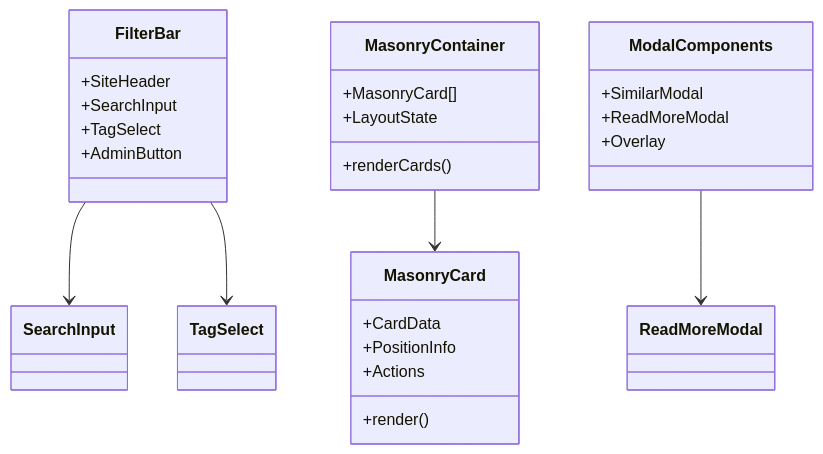
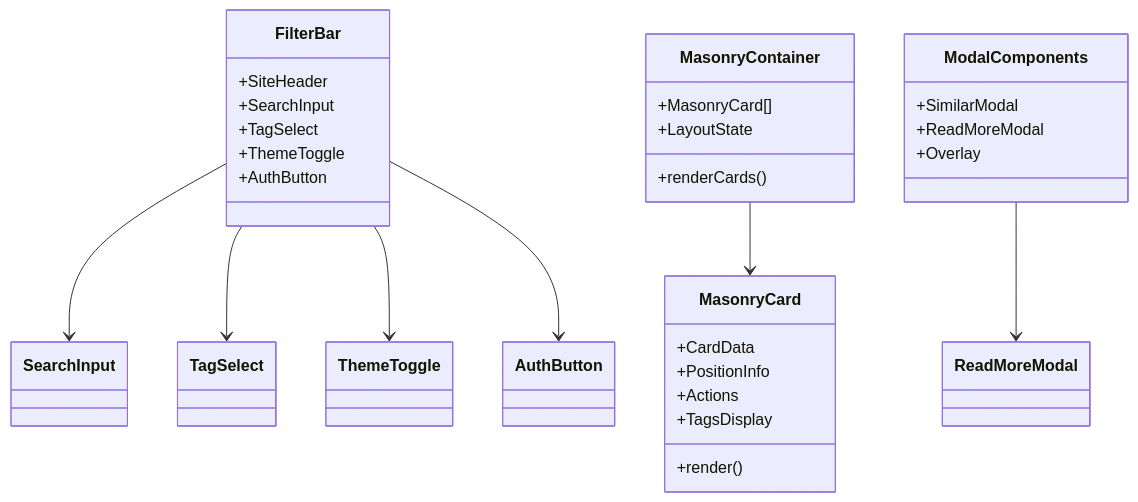
Before and after one commit to BlackBoxRecorder/memos: diagram 13 of 15 in .qoder/repowiki/zh/content/前端应用/Masonry瀑布流界面/Masonry瀑布流界面.md, drawn with Mermaid. The commit also changed other lines of this file and 30 other files, not shown here.

````diff
--- a/.qoder/repowiki/zh/content/前端应用/Masonry瀑布流界面/Masonry瀑布流界面.md
+++ b/.qoder/repowiki/zh/content/前端应用/Masonry瀑布流界面/Masonry瀑布流界面.md
@@ -339,29 +520,33 @@
 ```mermaid
 classDiagram
 class FilterBar {
 +SiteHeader
 +SearchInput
 +TagSelect
-+AdminButton
++ThemeToggle
++AuthButton
 }
 class MasonryContainer {
 +MasonryCard[]
 +LayoutState
 +renderCards()
 }
 class MasonryCard {
 +CardData
 +PositionInfo
 +Actions
++TagsDisplay
 +render()
 }
 class ModalComponents {
 +SimilarModal
 +ReadMoreModal
 +Overlay
 }
 FilterBar --> SearchInput
 FilterBar --> TagSelect
+FilterBar --> ThemeToggle
+FilterBar --> AuthButton
 MasonryContainer --> MasonryCard
 ModalComponents --> ReadMoreModal
 ```
````
